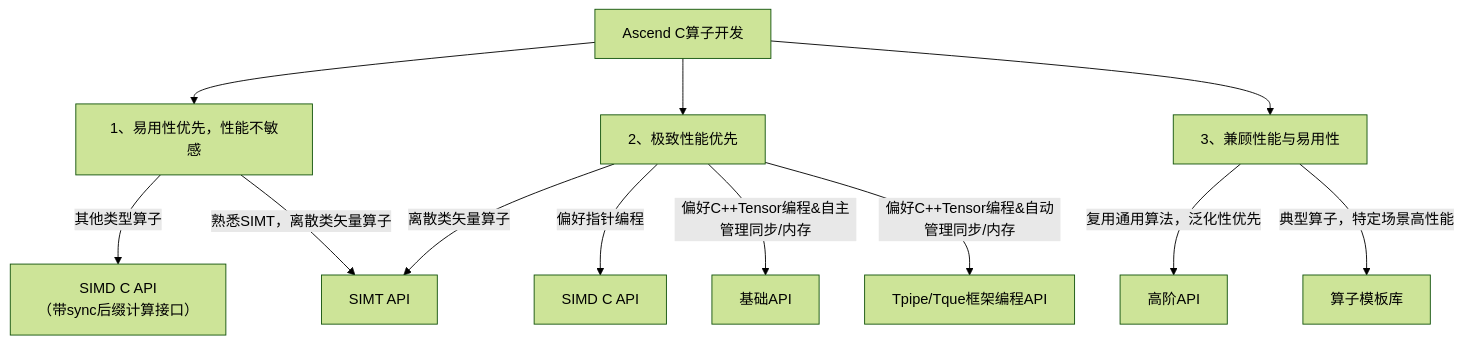
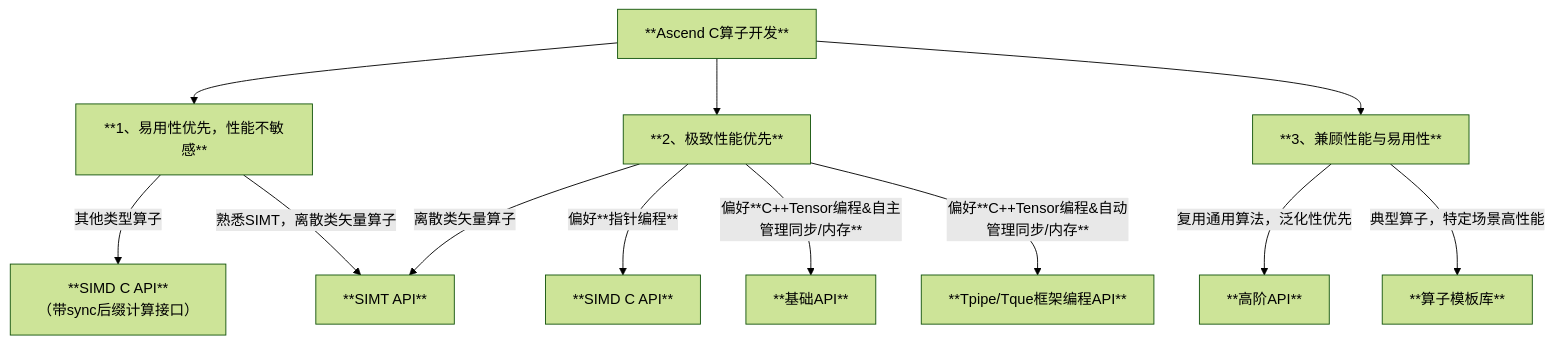
One commit to qingshangyan12/asc-devkit_clone changed the diagram in docs/asc_how_to_choose_api.md. Above: the diagram before and after it, drawn with Mermaid (forest theme).

Commit message:
Revert "docs: 修复asc_how_to_choose_api.md中文版mermaid图渲染问题"
This reverts commit 22daf8cbcb5887df59df1dab00437768ec7b9d96.

````diff
--- a/docs/asc_how_to_choose_api.md
+++ b/docs/asc_how_to_choose_api.md
@@ -40,15 +40,15 @@
 ```mermaid
 graph TD
-    A[Ascend C算子开发] --> B[1、易用性优先，性能不敏感]
-    A --> C[2、极致性能优先]
-    A --> D[3、兼顾性能与易用性]
-    B -->|其他类型算子| E[SIMD C API<br>（带sync后缀计算接口）]
-    B -->|熟悉SIMT，离散类矢量算子| F[SIMT API]
+    A[**Ascend C算子开发**] --> B[**1、易用性优先，性能不敏感**]
+    A --> C[**2、极致性能优先**]
+    A --> D[**3、兼顾性能与易用性**]
+    B -->|其他类型算子| E[**SIMD C API**<br>（带sync后缀计算接口）]
+    B -->|熟悉SIMT，离散类矢量算子| F[**SIMT API**]
     C -->|离散类矢量算子| F
-    C -->|偏好指针编程| P[SIMD C API]
-    C -->|偏好C++Tensor编程&自主管理同步/内存| I[基础API]
-    C -->|偏好C++Tensor编程&自动管理同步/内存| J[Tpipe/Tque框架编程API]
+    C -->|偏好**指针编程**| P[**SIMD C API**]
+    C -->|偏好**C++Tensor编程&自主管理同步/内存**| I[**基础API**]
+    C -->|偏好**C++Tensor编程&自动管理同步/内存**| J[**Tpipe/Tque框架编程API**]
 
-    D -->|复用通用算法，泛化性优先| K[高阶API]
-    D -->|典型算子，特定场景高性能| L[算子模板库]
+    D -->|复用通用算法，泛化性优先| K[**高阶API**]
+    D -->|典型算子，特定场景高性能| L[**算子模板库**]
 ```
````
